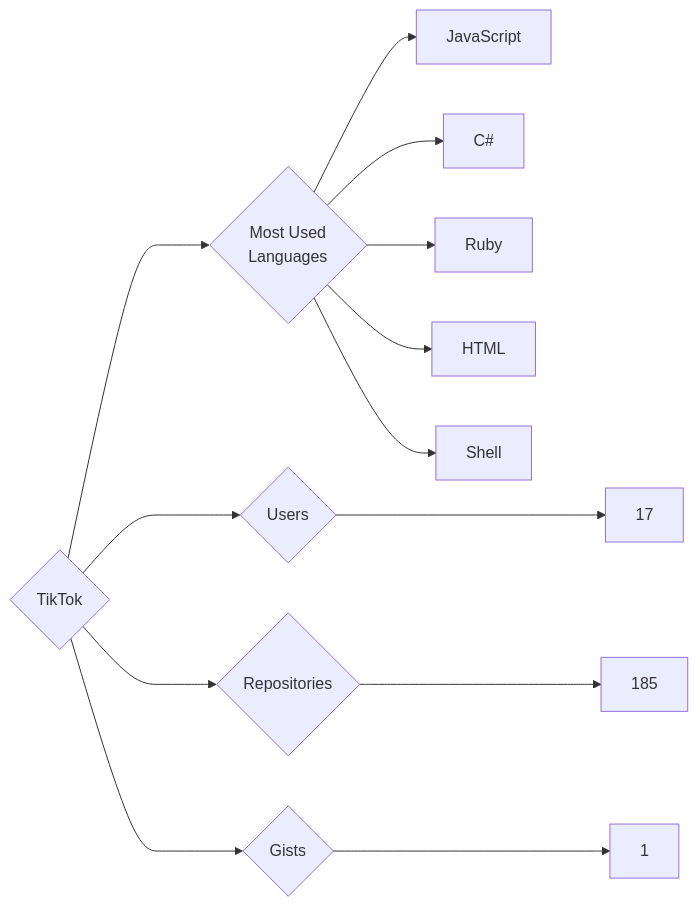
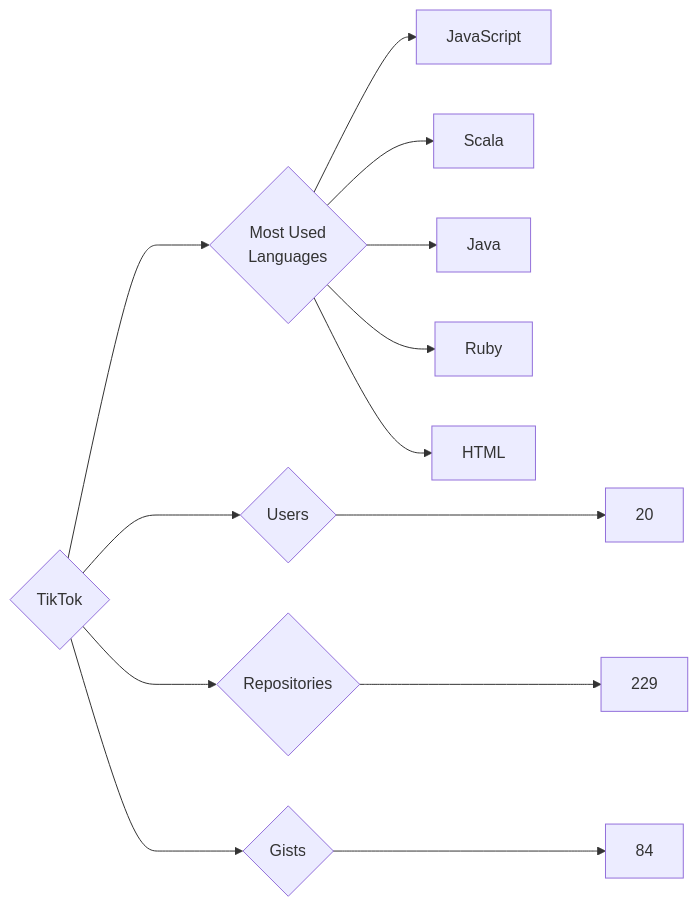
Before and after one commit to trickest/insiders: the diagram in targets/TikTok/README.md, drawn with Mermaid. The commit also changed 972 other files, not shown here.

````diff
--- a/targets/TikTok/README.md
+++ b/targets/TikTok/README.md
@@ -3,13 +3,13 @@
 ```mermaid
 graph LR
 COMPANY_NAME{TikTok}
-COMPANY_NAME ---> U{Users} ---> UN[17]
-COMPANY_NAME ---> R{Repositories} ---> RN[185]
-COMPANY_NAME ---> G{Gists} ---> GN[1]
+COMPANY_NAME ---> U{Users} ---> UN[20]
+COMPANY_NAME ---> R{Repositories} ---> RN[229]
+COMPANY_NAME ---> G{Gists} ---> GN[84]
 COMPANY_NAME ---> ML{Most Used<br>Languages}
 ML --> JavaScript[JavaScript]
-ML --> C#[C#]
+ML --> Scala[Scala]
+ML --> Java[Java]
 ML --> Ruby[Ruby]
 ML --> HTML[HTML]
-ML --> Shell[Shell]
 ```
````
